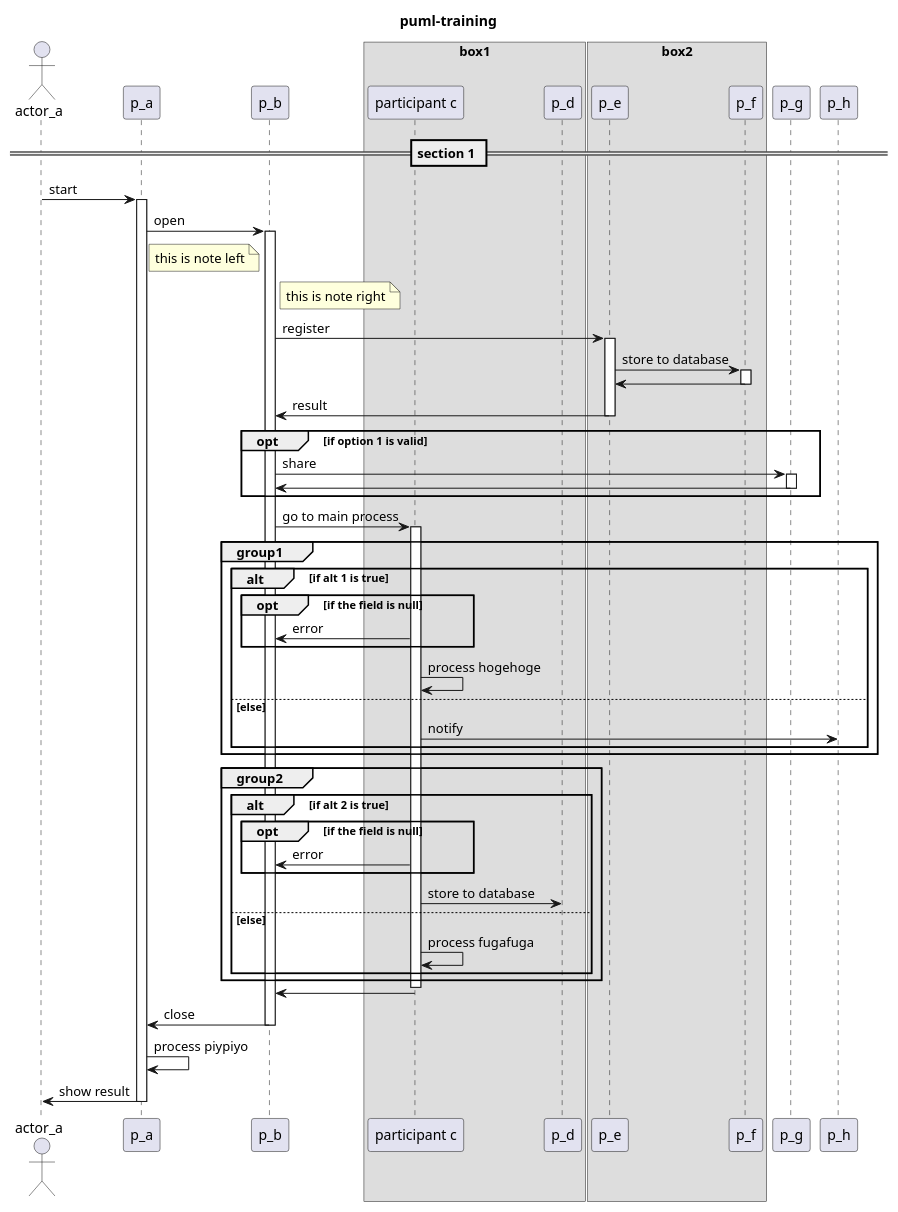
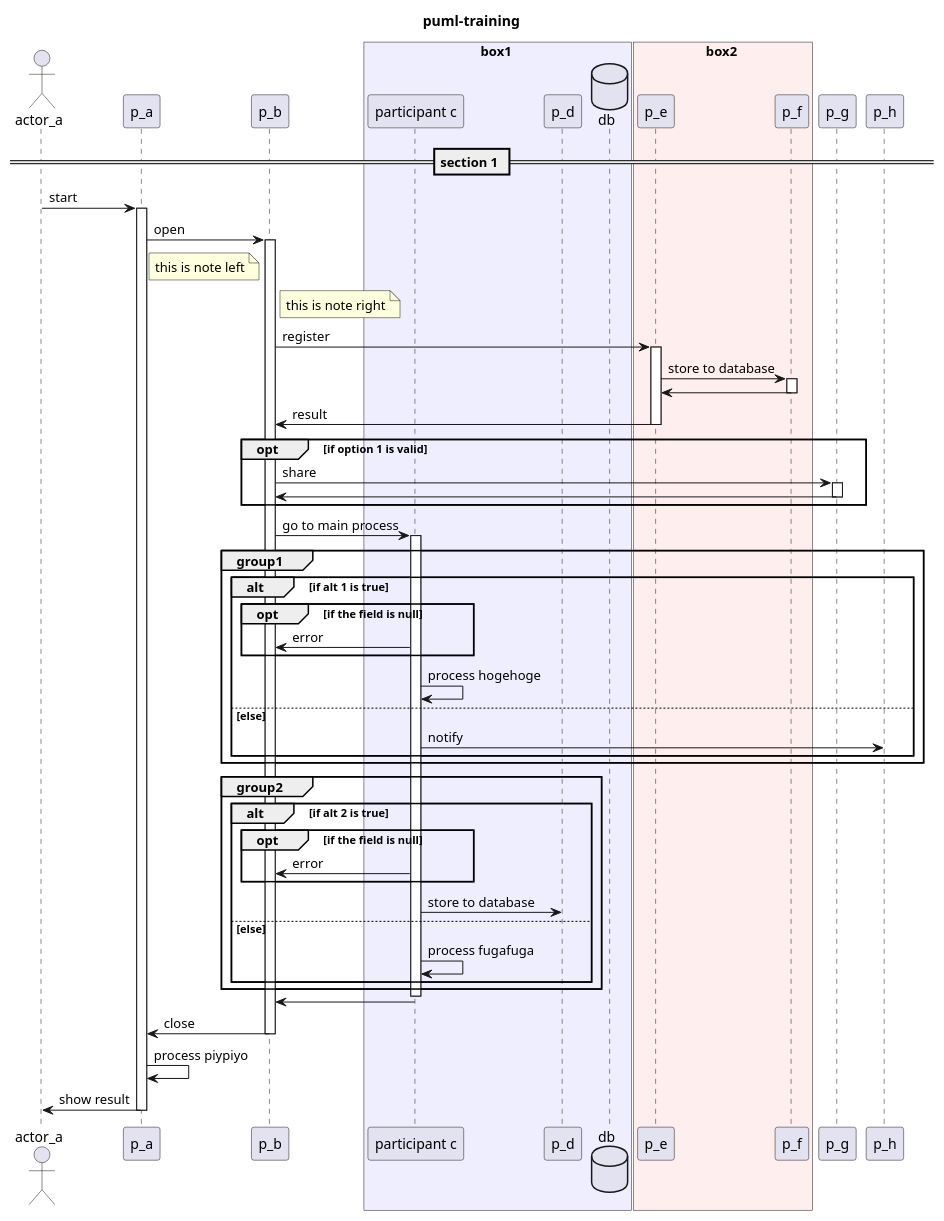
One commit to yokrh/puml-training changed the diagram in sample.puml. Above: the diagram before and after it, drawn with PlantUML.

```diff
--- a/sample.puml
+++ b/sample.puml
@@ -1,76 +1,77 @@
 @startuml uml1
 
 title puml-training
 
 actor actor_a
 participant p_a
 participant p_b
-box box1
+box box1 #eeeeff
 participant "participant c" as p_c
 participant p_d
+database "db" as db
 endbox
-box box2
+box box2 #ffeeee
 participant p_e
 participant p_f
 endbox
 participant p_g
 participant p_h
 
 == section 1 ==
 
 actor_a -> p_a : start
 activate p_a
   p_a -> p_b : open
   note left p_b : this is note left
   note right p_b : this is note right
   activate p_b
     p_b -> p_e : register
     activate p_e
       p_e -> p_f : store to database
       activate p_f
         p_f -> p_e
       deactivate p_f
       p_e -> p_b : result
     deactivate p_e
 
     opt if option 1 is valid
       p_b -> p_g : share
       activate p_g
         p_g -> p_b
       deactivate p_g
     end opt
 
     p_b -> p_c : go to main process
 
     activate p_c
       group group1
         alt if alt 1 is true
           opt if the field is null
             p_c -> p_b : error
           end opt
           p_c -> p_c : process hogehoge
         else else
           p_c -> p_h : notify
         end alt
       end group
 
       group group2
         alt if alt 2 is true
           opt if the field is null
             p_c -> p_b : error
           end opt
           p_c -> p_d : store to database
         else else
           p_c -> p_c : process fugafuga
         end alt
       end group
     deactivate p_c
 
     p_c -> p_b
     p_b -> p_a : close
   deactivate p_b
 p_a -> p_a : process piypiyo
 p_a -> actor_a : show result
 deactivate p_a
 
 @enduml
```
